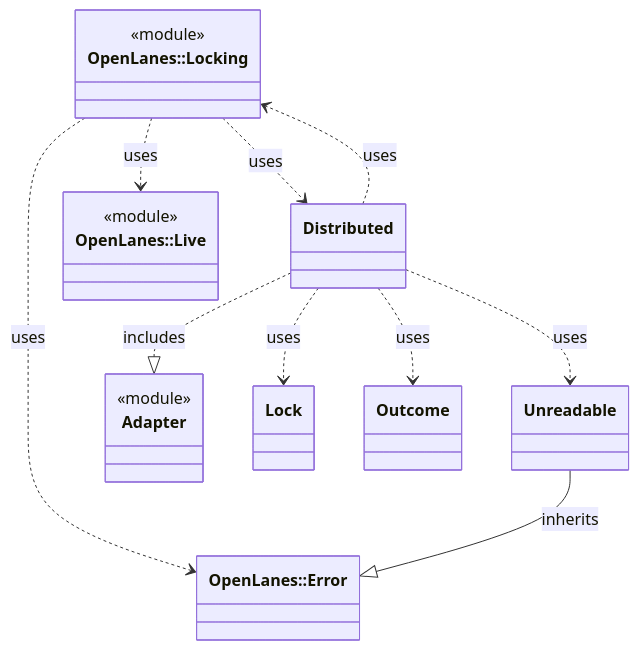
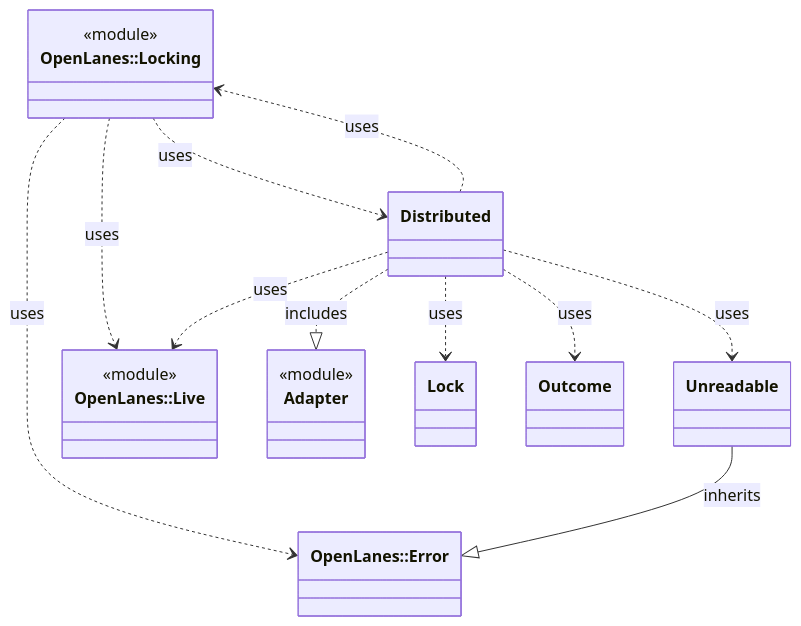
Before and after one commit to kigster/openlanes: the diagram in docs/architecture/openlanes-locking.md, drawn with Mermaid. The commit also changed 3 other files, not shown here.

````diff
--- a/docs/architecture/openlanes-locking.md
+++ b/docs/architecture/openlanes-locking.md
@@ -5,23 +5,24 @@
 ```mermaid
 classDiagram
   class OpenLanes__Error["OpenLanes::Error"]
   class OpenLanes__Live["OpenLanes::Live"]
   <<module>> OpenLanes__Live
   class OpenLanes__Locking["OpenLanes::Locking"]
   <<module>> OpenLanes__Locking
   class OpenLanes__Locking__Adapter["Adapter"]
   <<module>> OpenLanes__Locking__Adapter
   class OpenLanes__Locking__Distributed["Distributed"]
   class OpenLanes__Locking__Lock["Lock"]
   class OpenLanes__Locking__Outcome["Outcome"]
   class OpenLanes__Locking__Unreadable["Unreadable"]
   OpenLanes__Locking ..> OpenLanes__Error : uses
   OpenLanes__Locking ..> OpenLanes__Live : uses
   OpenLanes__Locking ..> OpenLanes__Locking__Distributed : uses
+  OpenLanes__Locking__Distributed ..> OpenLanes__Live : uses
   OpenLanes__Locking__Distributed ..> OpenLanes__Locking : uses
   OpenLanes__Locking__Distributed ..|> OpenLanes__Locking__Adapter : includes
   OpenLanes__Locking__Distributed ..> OpenLanes__Locking__Lock : uses
   OpenLanes__Locking__Distributed ..> OpenLanes__Locking__Outcome : uses
   OpenLanes__Locking__Distributed ..> OpenLanes__Locking__Unreadable : uses
   OpenLanes__Locking__Unreadable --|> OpenLanes__Error : inherits
 ```
````
